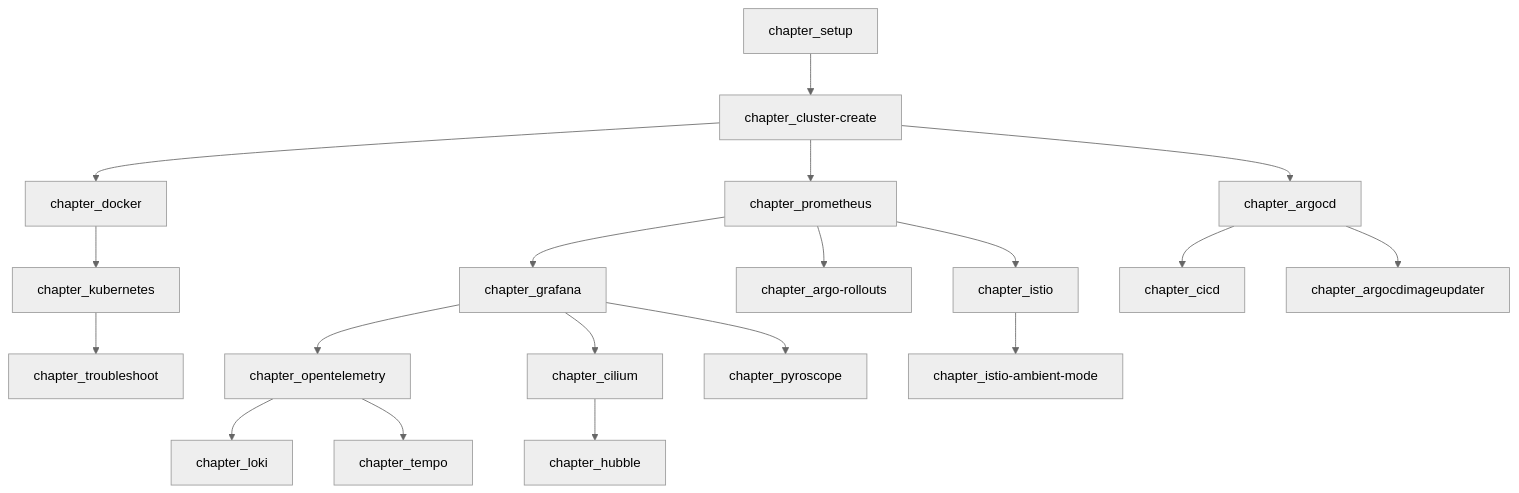
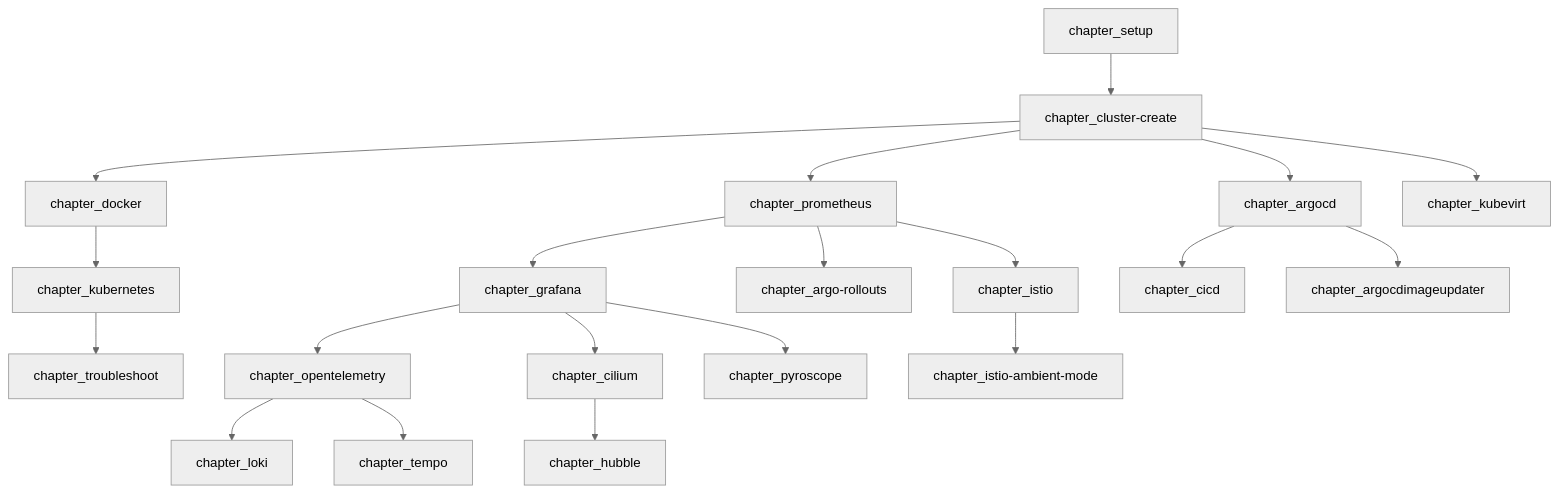
One commit to cloudnativedaysjp/cnd-handson changed the diagram in README.md. Above: the diagram before and after it, drawn with Mermaid (neutral theme). The commit also changed other lines of this file, not shown here.

````diff
--- a/README.md
+++ b/README.md
@@ -32,47 +33,49 @@
 ```mermaid
 flowchart TD
     setup[chapter_setup]
     cluster[chapter_cluster-create]
     docker[chapter_docker]
     k8s[chapter_kubernetes]
     prom[chapter_prometheus]
     grafana[chapter_grafana]
     otel[chapter_opentelemetry]
     argocd[chapter_argocd]
     argocdimageupdater[chapter_argocdimageupdater]
     istio[chapter_istio]
     cilium[chapter_cilium]
     argorollouts[chapter_argo-rollouts]
     istioambient[chapter_istio-ambient-mode]
     hubble[chapter_hubble]
     loki[chapter_loki]
     tempo[chapter_tempo]
     pyroscope[chapter_pyroscope]
     cicd[chapter_cicd]
     troubleshoot[chapter_troubleshoot]
+    kubevirt[chapter_kubevirt]
 
     setup-->cluster
     cluster-->docker
     docker-->k8s
     k8s-->troubleshoot
     cluster-->prom
     cluster-->argocd
+    cluster-->kubevirt
 
     prom-->grafana
     prom-->argorollouts
     prom-->istio
 
     grafana-->otel
     grafana-->cilium
     grafana-->pyroscope
 
     otel-->loki
     otel-->tempo
 
     cilium-->hubble
 
     istio-->istioambient
 
     argocd-->cicd
     argocd-->argocdimageupdater
 ```
````
